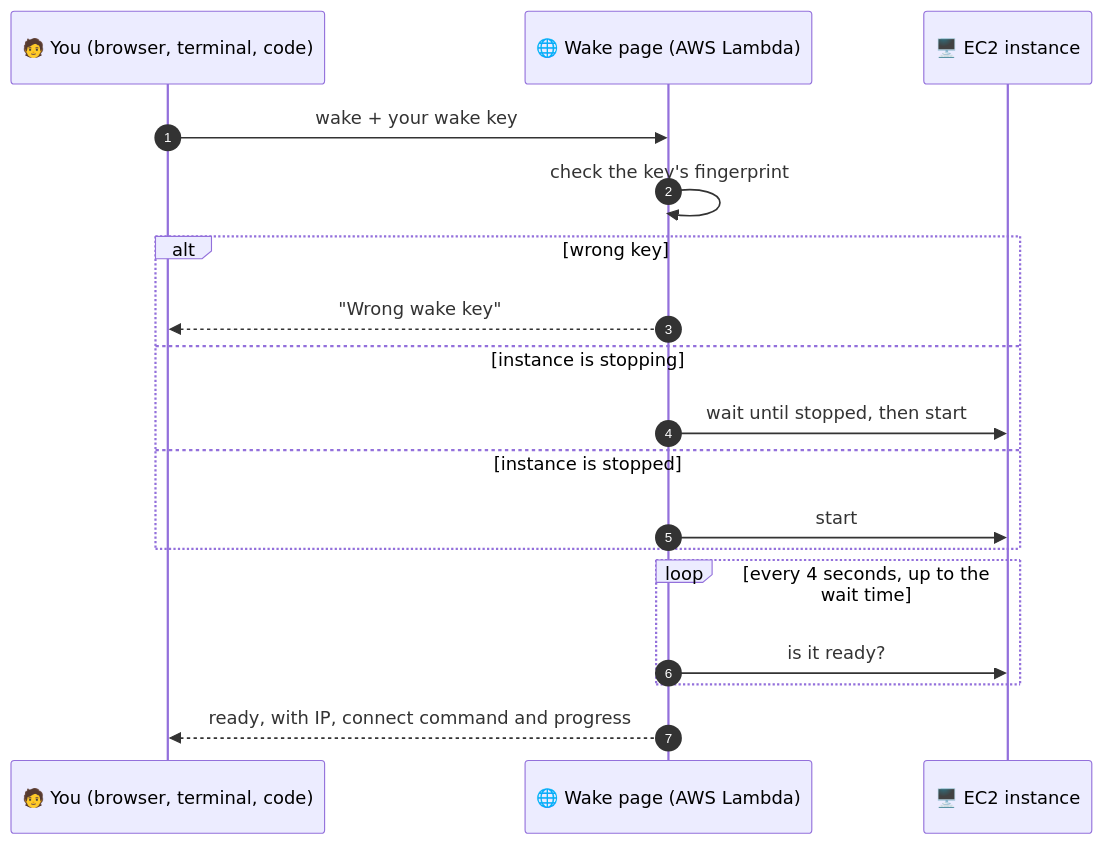
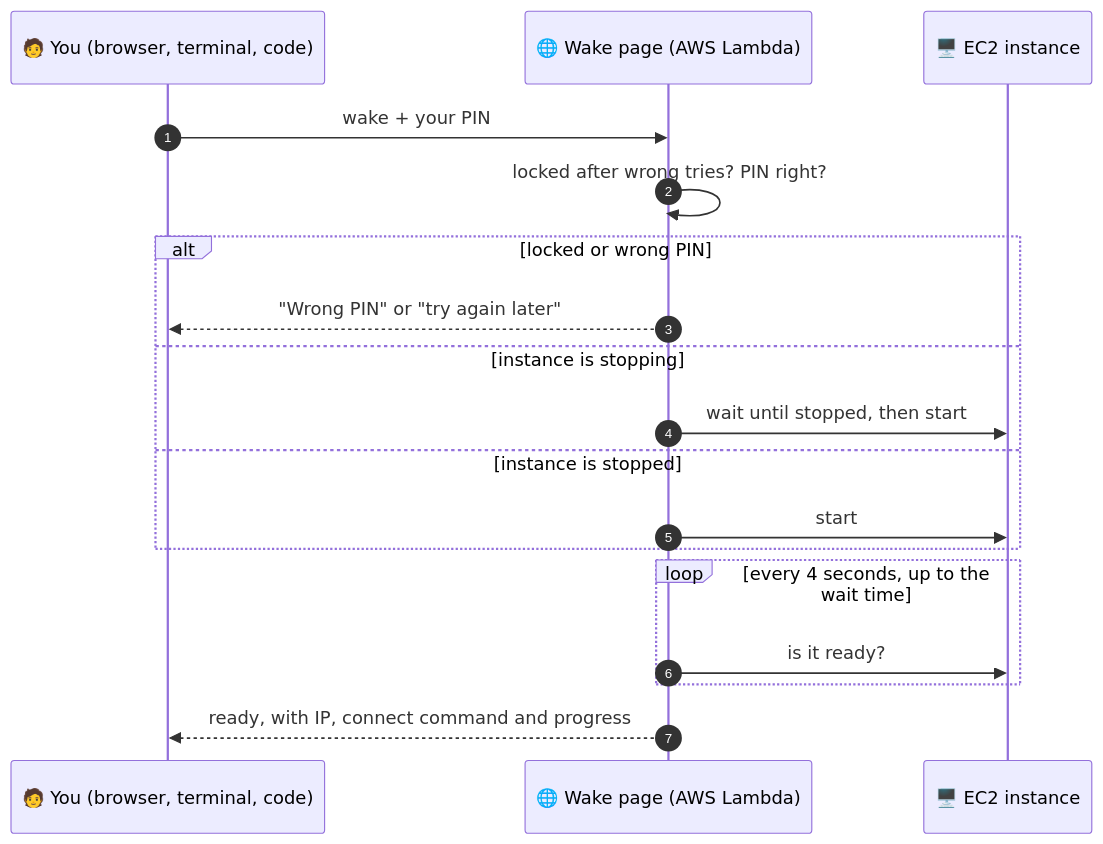
Before and after one commit to manojvermamv/ec2-idle-stop-wake: the third of 3 diagrams in WORKFLOW.md, drawn with Mermaid. The commit also changed other lines of this file and 10 other files, not shown here.

````diff
--- a/WORKFLOW.md
+++ b/WORKFLOW.md
@@ -112,20 +112,20 @@
 ```mermaid
 sequenceDiagram
     autonumber
     participant You as 🧑 You (browser, terminal, code)
     participant L as 🌐 Wake page (AWS Lambda)
     participant E as 🖥️ EC2 instance
-    You->>L: wake + your wake key
-    L->>L: check the key's fingerprint
-    alt wrong key
-        L-->>You: "Wrong wake key"
+    You->>L: wake + your PIN
+    L->>L: locked after wrong tries? PIN right?
+    alt locked or wrong PIN
+        L-->>You: "Wrong PIN" or "try again later"
     else instance is stopping
         L->>E: wait until stopped, then start
     else instance is stopped
         L->>E: start
     end
     loop every 4 seconds, up to the wait time
         L->>E: is it ready?
     end
     L-->>You: ready, with IP, connect command and progress
 ```
````
